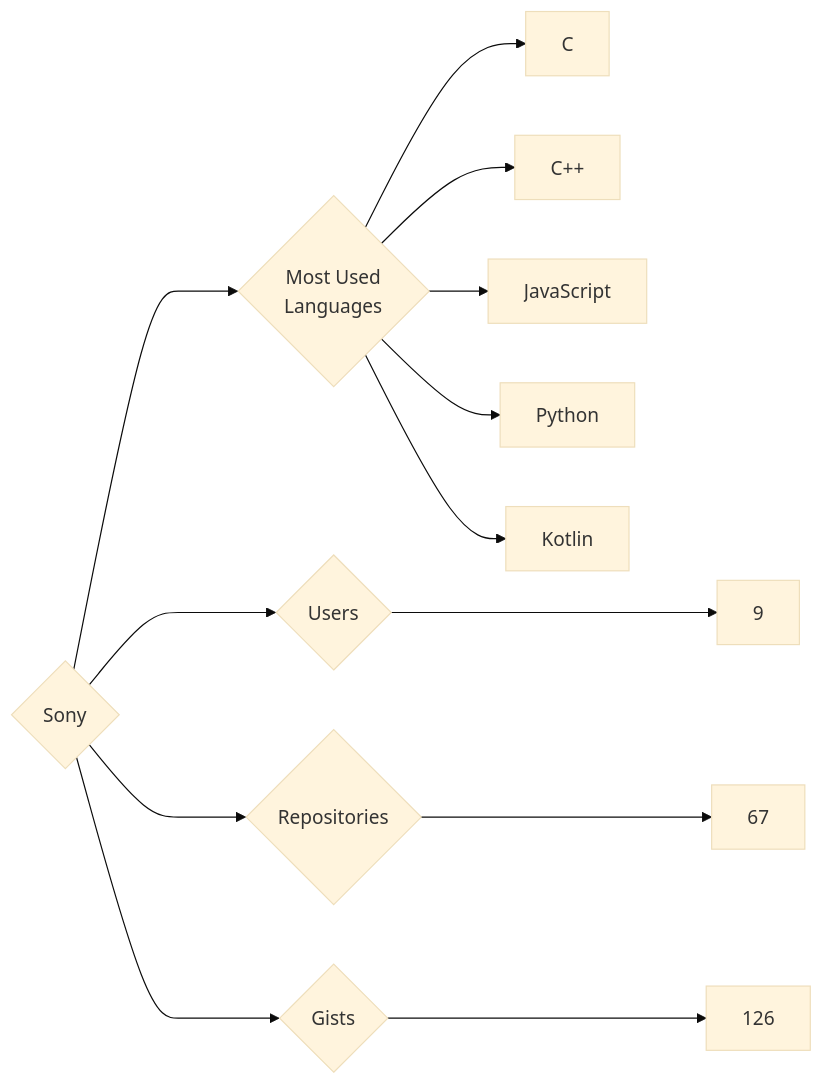
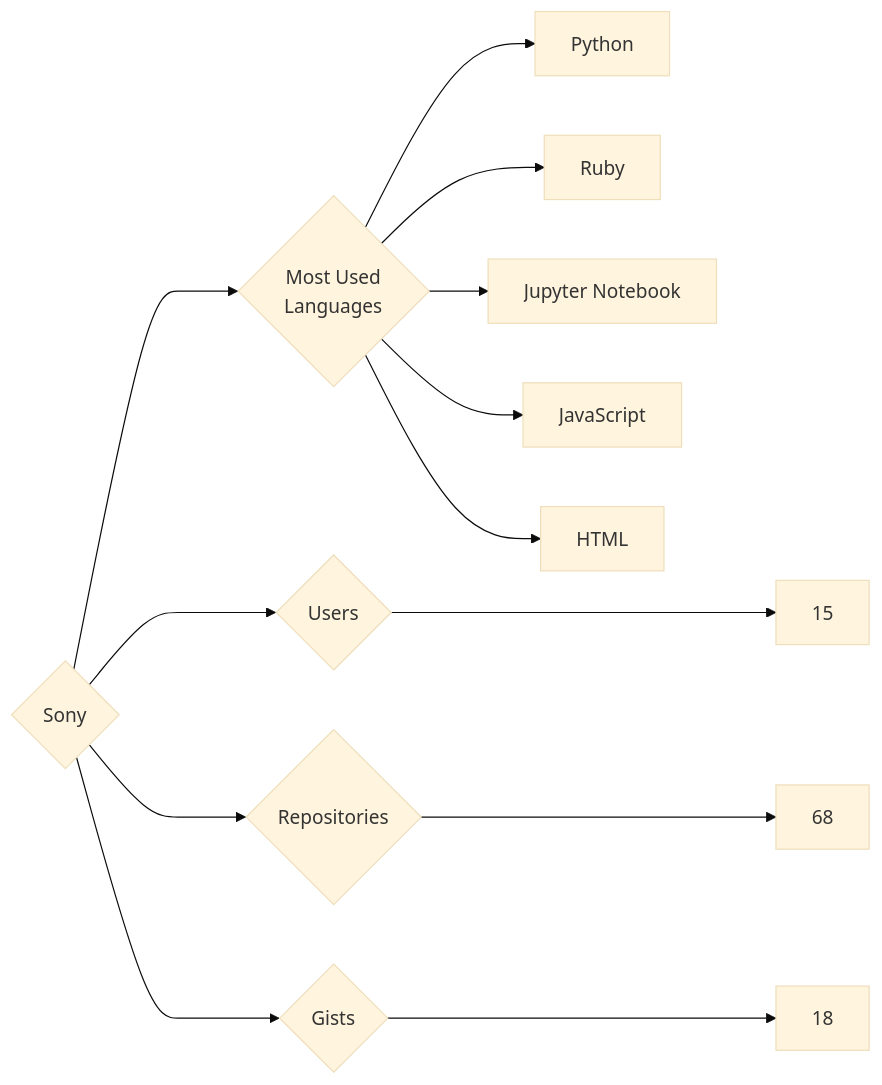
Before and after one commit to trickest/insiders: the diagram in targets/Sony/README.md, drawn with Mermaid (base theme). The commit also changed 597 other files, not shown here.

````diff
--- a/targets/Sony/README.md
+++ b/targets/Sony/README.md
@@ -3,13 +3,13 @@
 ```mermaid
 graph LR
 COMPANY_NAME{Sony}
-COMPANY_NAME ---> U{Users} ---> UN[9]
-COMPANY_NAME ---> R{Repositories} ---> RN[67]
-COMPANY_NAME ---> G{Gists} ---> GN[126]
+COMPANY_NAME ---> U{Users} ---> UN[15]
+COMPANY_NAME ---> R{Repositories} ---> RN[68]
+COMPANY_NAME ---> G{Gists} ---> GN[18]
 COMPANY_NAME ---> ML{Most Used<br>Languages}
-ML --> C[C]
-ML --> C++[C++]
+ML --> Python[Python]
+ML --> Ruby[Ruby]
+ML --> Jupyter_Notebook[Jupyter Notebook]
 ML --> JavaScript[JavaScript]
-ML --> Python[Python]
-ML --> Kotlin[Kotlin]
+ML --> HTML[HTML]
 ```
````
